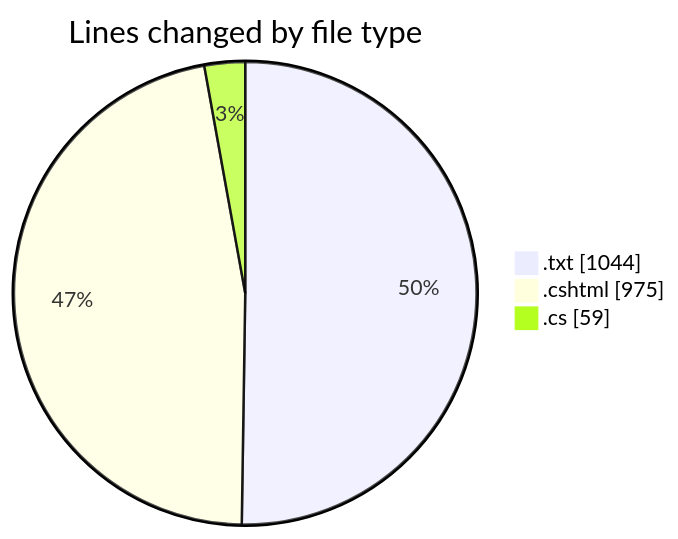
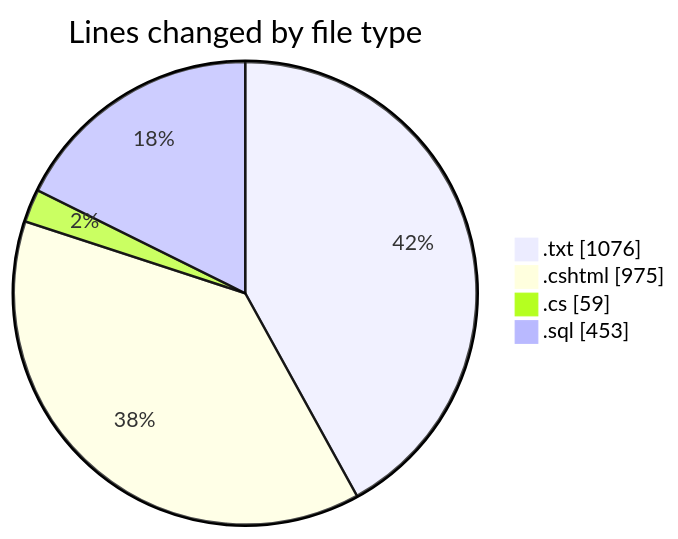
The first of 2 diagrams in 2025-07-25/quanlyrapchieuphim-1/README.md (lephambinh05/code-tracking), drawn with Mermaid before and after one commit. The commit also changed other lines of this file and 1 other file, not shown here.

````diff
--- a/2025-07-25/quanlyrapchieuphim-1/README.md
+++ b/2025-07-25/quanlyrapchieuphim-1/README.md
@@ -23,7 +24,8 @@
 ```mermaid
 pie showData
 title Lines changed by file type
-".txt" : 1044
+".txt" : 1076
 ".cshtml" : 975
 ".cs" : 59
+".sql" : 453
 ```
````
